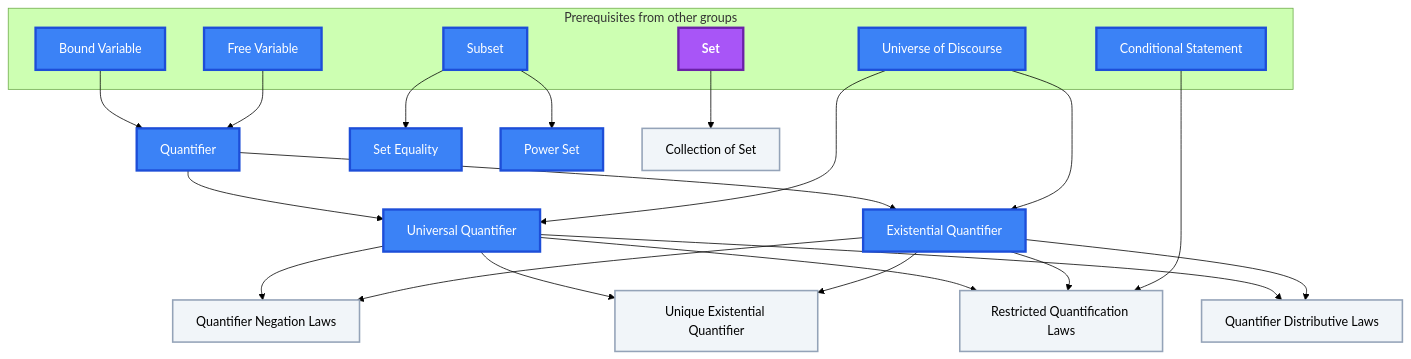
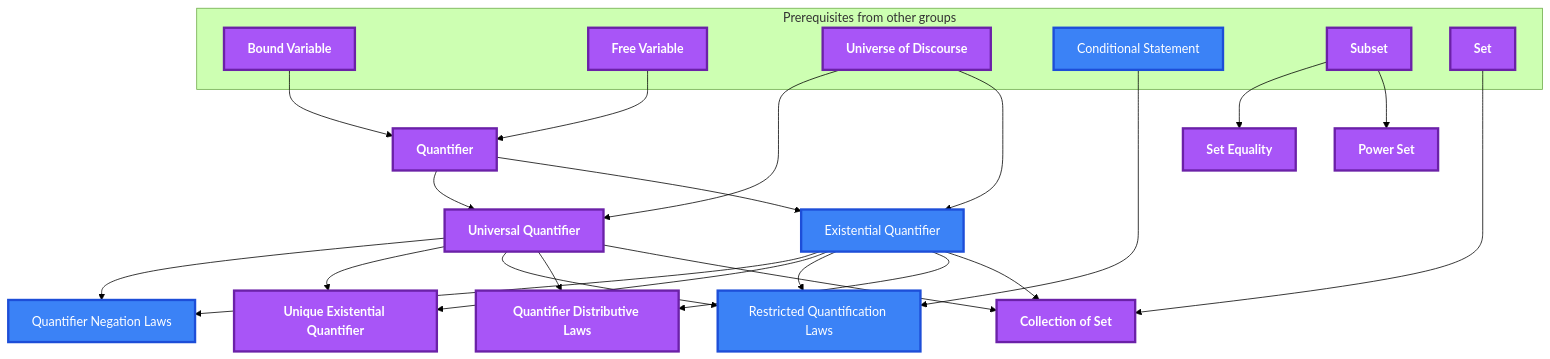
Before and after one commit to MRauf1/My-Notes: the second of 7 diagrams in Gamification/Skill Trees/Discrete Mathematics.md, drawn with Mermaid (forest theme). The commit also changed other lines of this file and 145 other files, not shown here.

````diff
--- a/Gamification/Skill Trees/Discrete Mathematics.md
+++ b/Gamification/Skill Trees/Discrete Mathematics.md
@@ -119,52 +154,53 @@
 ```mermaid
 flowchart TD
     classDef planned fill:#1E293B,stroke:#64748B,stroke-width:2px,stroke-dasharray:5 5,color:#94A3B8;
     classDef locked fill:#334155,stroke:#475569,stroke-width:2px,color:#94A3B8;
     classDef L0 fill:#F1F5F9,stroke:#94A3B8,stroke-width:2px,color:#000000;
     classDef L1 fill:#22C55E,stroke:#15803D,stroke-width:2px,color:#000000;
     classDef L2 fill:#3B82F6,stroke:#1D4ED8,stroke-width:3px,color:#FFFFFF;
     classDef L3 fill:#A855F7,stroke:#6B21A8,stroke-width:3px,color:#FFFFFF,font-weight:bold;
     classDef L4 fill:#F97316,stroke:#C2410C,stroke-width:4px,color:#000000,font-weight:bold;
     classDef L5 fill:#FFD700,stroke:#FF8C00,stroke-width:5px,color:#000000,font-weight:bold;
     classDef rusty stroke:#8B4513,stroke-width:4px,stroke-dasharray:3 3;
     subgraph sg_prereqs["Prerequisites from other groups"]
         n_bound_variable["Bound Variable"]
         n_free_variable["Free Variable"]
         n_universe_of_discourse["Universe of Discourse"]
         n_conditional_statement["Conditional Statement"]
         n_subset["Subset"]
         n_set["Set"]
     end
     n_quantifier["Quantifier"]
     n_universal_quantifier["Universal Quantifier"]
     n_existential_quantifier["Existential Quantifier"]
     n_quantifier_negation_laws["Quantifier Negation Laws"]
     n_unique_existential_quantifier["Unique Existential Quantifier"]
     n_restricted_quantification_laws["Restricted Quantification Laws"]
     n_quantifier_distributive_laws["Quantifier Distributive Laws"]
     n_set_equality["Set Equality"]
     n_power_set["Power Set"]
     n_collection_of_set["Collection of Set"]
     n_bound_variable --> n_quantifier
     n_free_variable --> n_quantifier
     n_quantifier --> n_universal_quantifier
     n_universe_of_discourse --> n_universal_quantifier
     n_quantifier --> n_existential_quantifier
     n_universe_of_discourse --> n_existential_quantifier
     n_universal_quantifier --> n_quantifier_negation_laws
     n_existential_quantifier --> n_quantifier_negation_laws
     n_universal_quantifier --> n_unique_existential_quantifier
     n_existential_quantifier --> n_unique_existential_quantifier
     n_universal_quantifier --> n_restricted_quantification_laws
     n_existential_quantifier --> n_restricted_quantification_laws
     n_conditional_statement --> n_restricted_quantification_laws
     n_universal_quantifier --> n_quantifier_distributive_laws
     n_existential_quantifier --> n_quantifier_distributive_laws
     n_subset --> n_set_equality
     n_subset --> n_power_set
     n_set --> n_collection_of_set
-    class n_quantifier_negation_laws,n_unique_existential_quantifier,n_restricted_quantification_laws,n_quantifier_distributive_laws,n_collection_of_set L0;
-    class n_bound_variable,n_free_variable,n_universe_of_discourse,n_conditional_statement,n_subset,n_quantifier,n_universal_quantifier,n_existential_quantifier,n_set_equality,n_power_set L2;
-    class n_set L3;
+    n_universal_quantifier --> n_collection_of_set
+    n_existential_quantifier --> n_collection_of_set
+    class n_conditional_statement,n_existential_quantifier,n_quantifier_negation_laws,n_restricted_quantification_laws L2;
+    class n_bound_variable,n_free_variable,n_universe_of_discourse,n_subset,n_set,n_quantifier,n_universal_quantifier,n_unique_existential_quantifier,n_quantifier_distributive_laws,n_set_equality,n_power_set,n_collection_of_set L3;
     class n_bound_variable,n_free_variable,n_universe_of_discourse,n_conditional_statement,n_subset,n_set,n_quantifier,n_universal_quantifier,n_existential_quantifier,n_quantifier_negation_laws,n_unique_existential_quantifier,n_restricted_quantification_laws,n_quantifier_distributive_laws,n_set_equality,n_power_set,n_collection_of_set internal-link;
 ```
````
